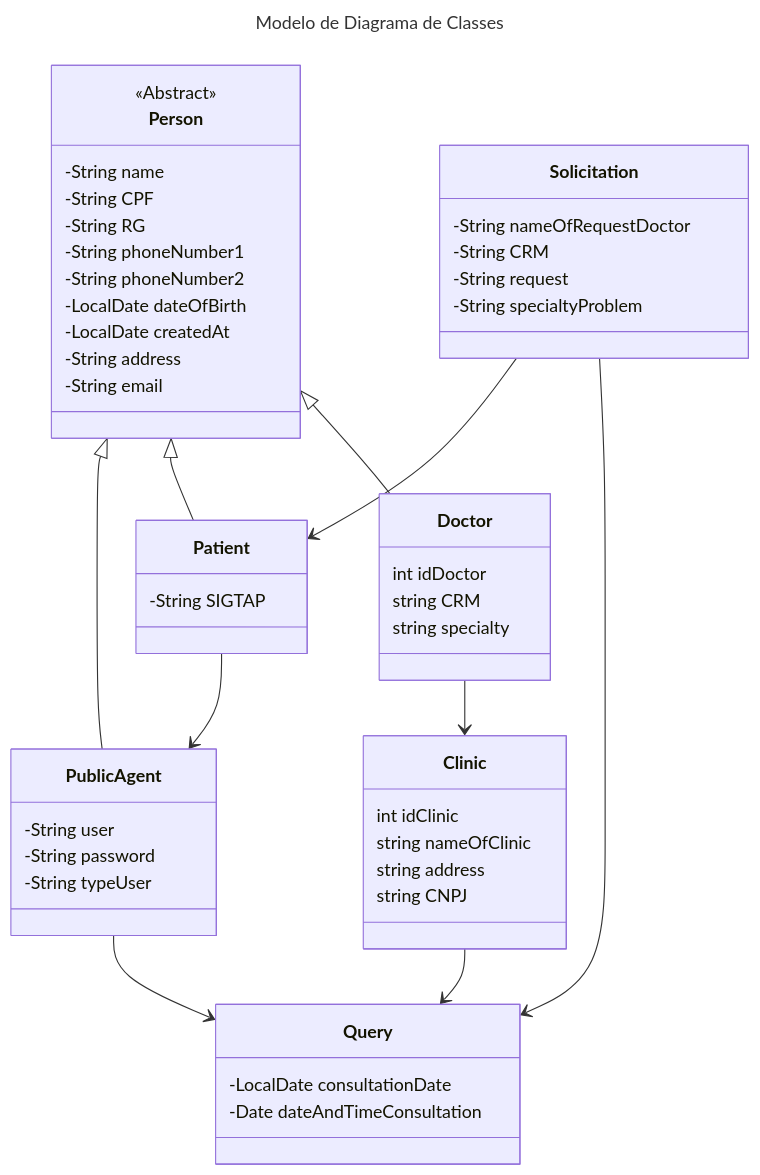
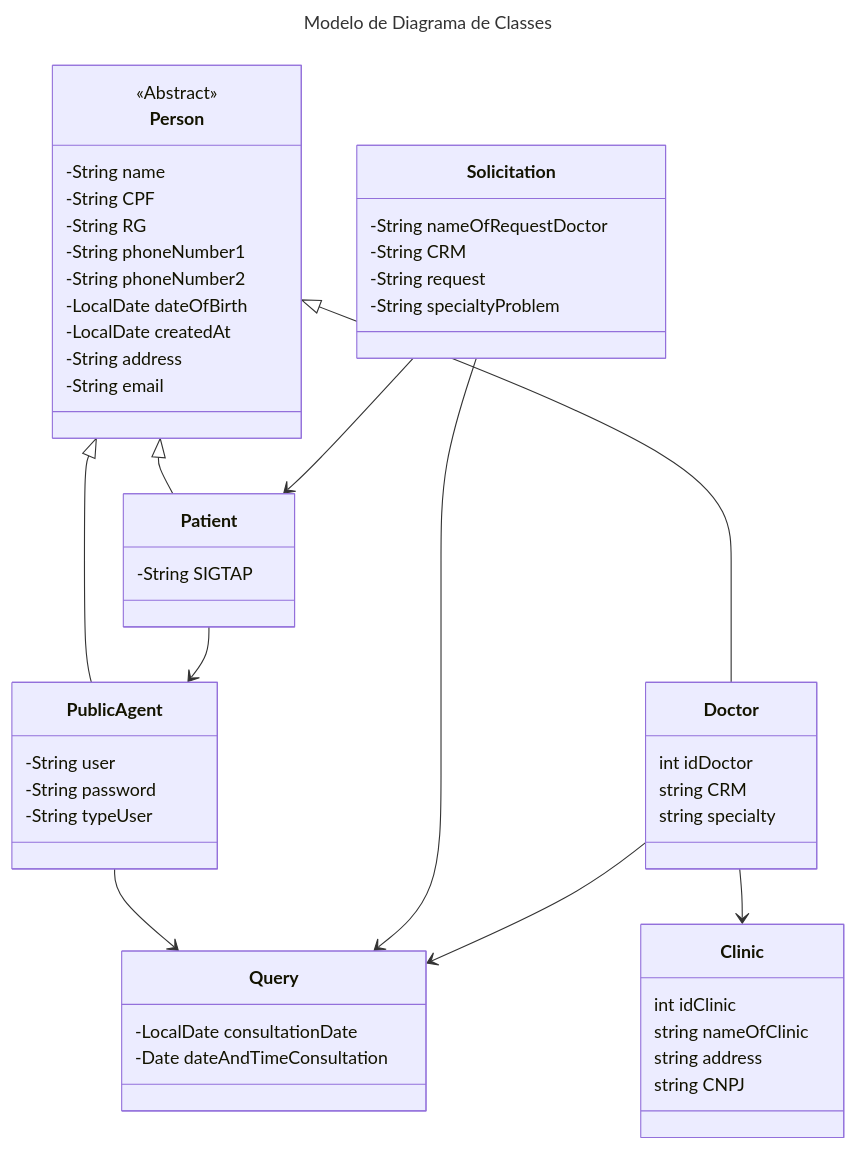
The first of 2 diagrams in README.md (FelipeMareira/oxe_marquei_lp2), drawn with Mermaid before and after one commit. The commit also changed other lines of this file and 21 other files, not shown here.

````diff
--- a/README.md
+++ b/README.md
@@ -88,62 +88,62 @@
 ```mermaid
 ---
     title: Modelo de Diagrama de Classes
 ---
 classDiagram
     class Person {
         <<Abstract>> 
         -String name
         -String CPF
         -String RG
         -String phoneNumber1
         -String phoneNumber2
         -LocalDate dateOfBirth
         -LocalDate createdAt
         -String address
         -String email
     }
 
     Person <|-- PublicAgent
     Patient --> PublicAgent
     class PublicAgent {
         -String user
         -String password
         -String typeUser
     }
 
     Person <|-- Patient
     class Patient {
         -String SIGTAP
     }
-    class Clinic {
-        int idClinic
-        string nameOfClinic
-        string address
-        string CNPJ
-    } 
 
     Person <|-- Doctor
     Doctor --> Clinic
     class Doctor {
         int idDoctor
         string CRM
         string specialty
     }
-
     
     Solicitation --> Patient
     class Solicitation {
         -String nameOfRequestDoctor
         -String CRM
         -String request
         -String specialtyProblem
     }
+    
+    class Clinic {
+        int idClinic
+        string nameOfClinic
+        string address
+        string CNPJ
+    }
 
     PublicAgent --> Query
     Solicitation --> Query
-    Clinic --> Query
+    Doctor --> Query
     class Query {
         -LocalDate consultationDate
         -Date dateAndTimeConsultation
     }
 ```
````
